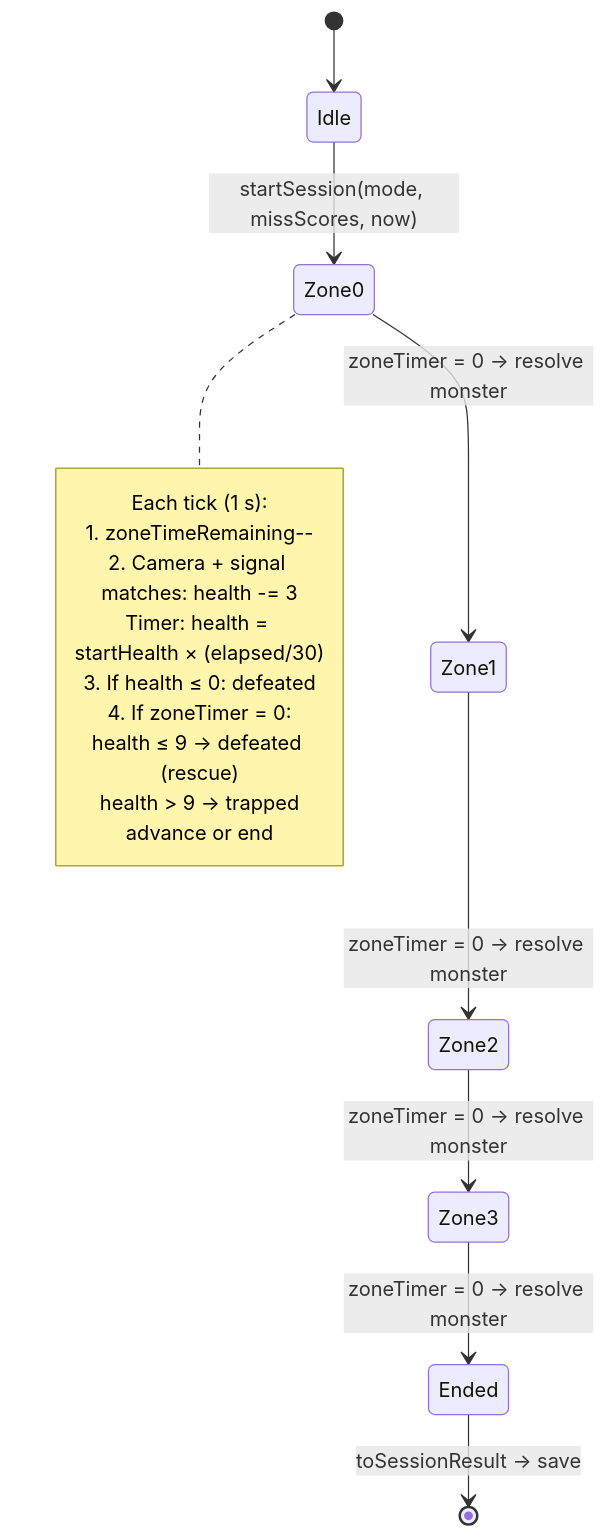
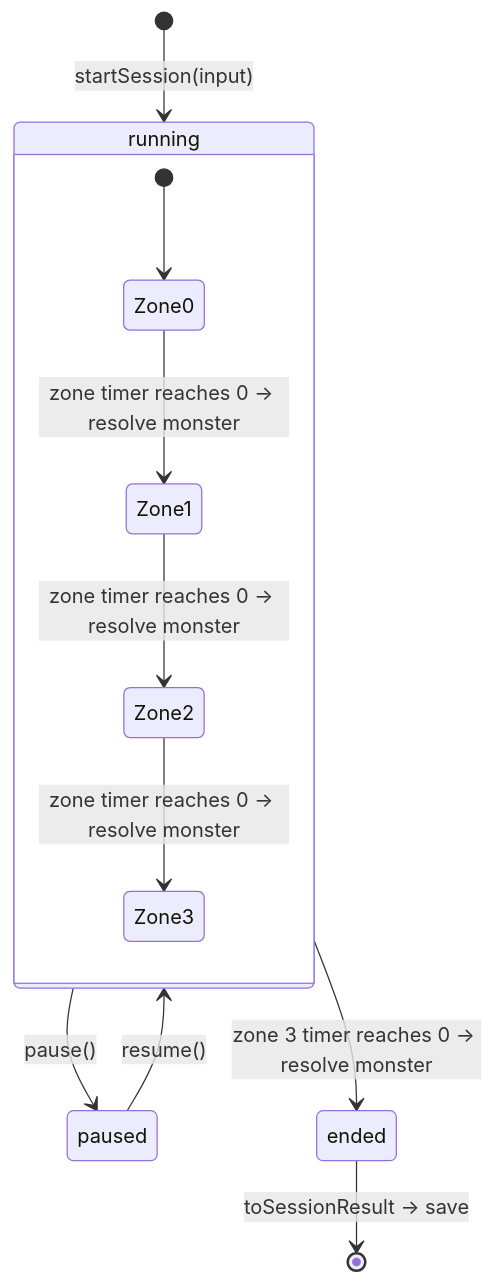
One commit to yateen01-oralsurgeonn/Foamtom changed the second of 2 diagrams in .kiro/specs/core-brushing-loop/design.md. Above: the diagram before and after it, drawn with Mermaid. The commit also changed other lines of this file, not shown here.

Commit message:
spec(core-brushing-loop): design - read-only state, phases, plain start input, single tick rule (Kiro CLI, prompt d01)

````diff
--- a/.kiro/specs/core-brushing-loop/design.md
+++ b/.kiro/specs/core-brushing-loop/design.md
@@ -207,22 +222,14 @@
 ```mermaid
 stateDiagram-v2
-    [*] --> Idle
-    Idle --> Zone0: startSession(mode, missScores, now)
-    Zone0 --> Zone1: zoneTimer = 0 → resolve monster
-    Zone1 --> Zone2: zoneTimer = 0 → resolve monster
-    Zone2 --> Zone3: zoneTimer = 0 → resolve monster
-    Zone3 --> Ended: zoneTimer = 0 → resolve monster
-    Ended --> [*]: toSessionResult → save
-
-    note right of Zone0
-        Each tick (1 s):
-        1. zoneTimeRemaining--
-        2. Camera + signal matches: health -= 3
-           Timer: health = startHealth × (elapsed/30)
-        3. If health ≤ 0: defeated
-        4. If zoneTimer = 0:
-           health ≤ 9 → defeated (rescue)
-           health > 9 → trapped
-           advance or end
-    end note
+    [*] --> running: startSession(input)
+    state running {
+        [*] --> Zone0
+        Zone0 --> Zone1: zone timer reaches 0 → resolve monster
+        Zone1 --> Zone2: zone timer reaches 0 → resolve monster
+        Zone2 --> Zone3: zone timer reaches 0 → resolve monster
+    }
+    running --> paused: pause()
+    paused --> running: resume()
+    running --> ended: zone 3 timer reaches 0 → resolve monster
+    ended --> [*]: toSessionResult → save
 ```
````
